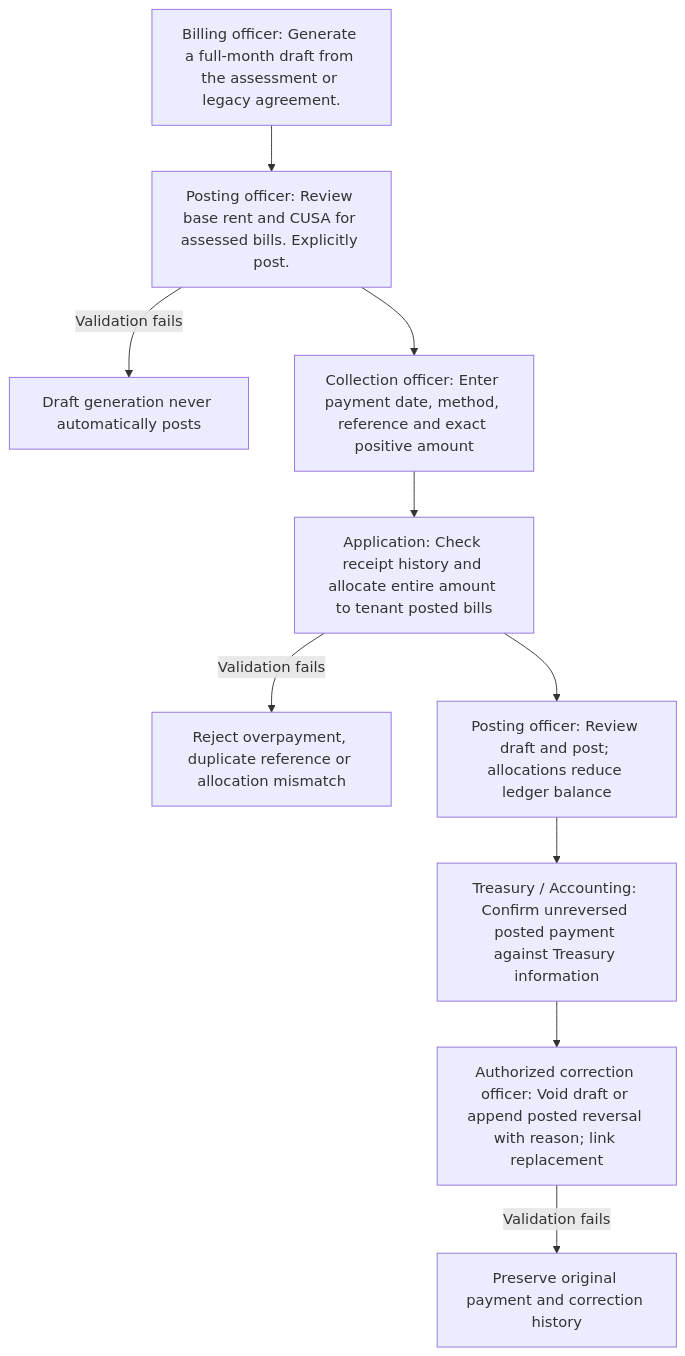
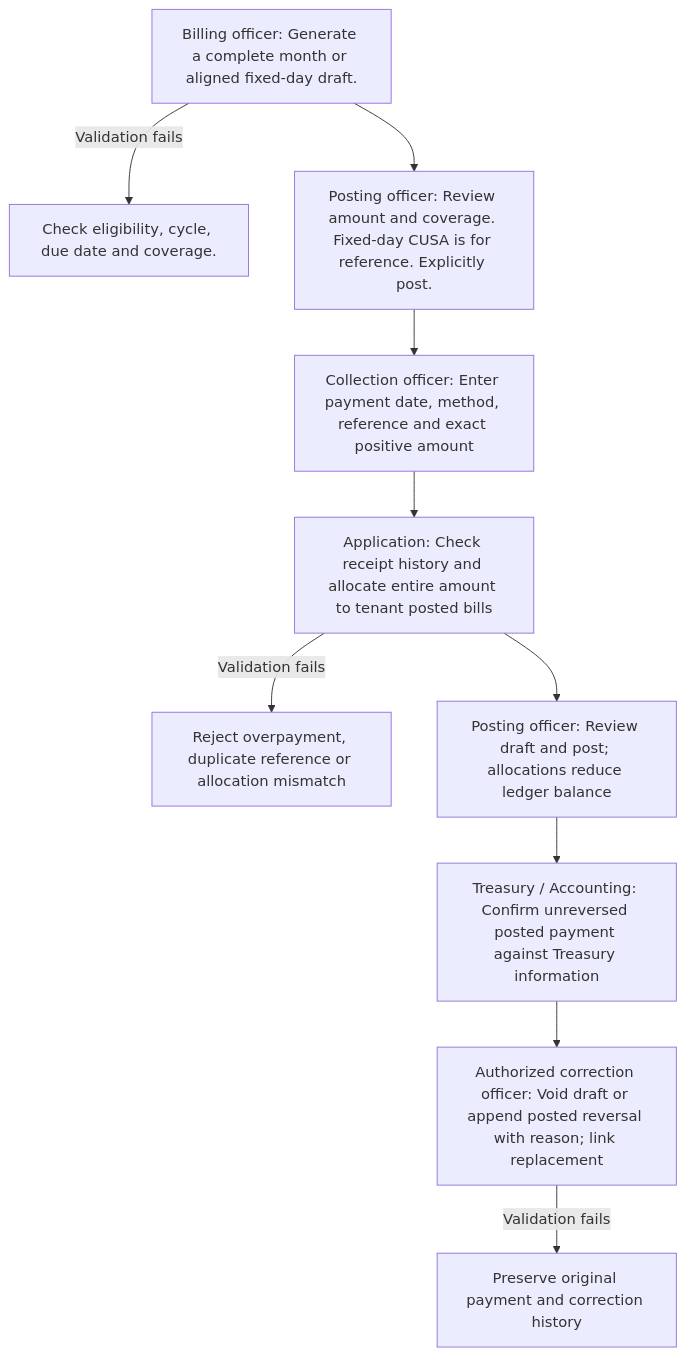
One commit to byte-vnz/markethub changed the diagram in docs/user-manual/workflows/06-payment.mmd. Above: the diagram before and after it, drawn with Mermaid. The commit also changed 208 other files, not shown here.

Commit message:
Add fixed-day billing support to rental assignments

```diff
--- a/docs/user-manual/workflows/06-payment.mmd
+++ b/docs/user-manual/workflows/06-payment.mmd
@@ -1,17 +1,17 @@
 flowchart TD
-    N0["Billing officer: Generate a full-month draft from the assessment or legacy agreement."]
-    N1["Posting officer: Review base rent and CUSA for assessed bills. Explicitly post."]
+    N0["Billing officer: Generate a complete month or aligned fixed-day draft."]
+    N0 -->|Validation fails| F0["Check eligibility, cycle, due date and coverage."]
+    N1["Posting officer: Review amount and coverage. Fixed-day CUSA is for reference. Explicitly post."]
     N0 --> N1
-    N1 -->|Validation fails| F1["Draft generation never automatically posts"]
     N2["Collection officer: Enter payment date, method, reference and exact positive amount"]
     N1 --> N2
     N3["Application: Check receipt history and allocate entire amount to tenant posted bills"]
     N2 --> N3
     N3 -->|Validation fails| F3["Reject overpayment, duplicate reference or allocation mismatch"]
     N4["Posting officer: Review draft and post; allocations reduce ledger balance"]
     N3 --> N4
     N5["Treasury / Accounting: Confirm unreversed posted payment against Treasury information"]
     N4 --> N5
     N6["Authorized correction officer: Void draft or append posted reversal with reason; link replacement"]
     N5 --> N6
     N6 -->|Validation fails| F6["Preserve original payment and correction history"]
```
